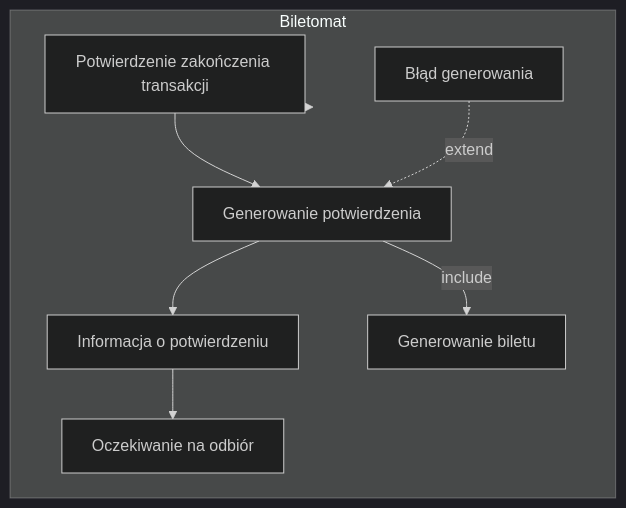
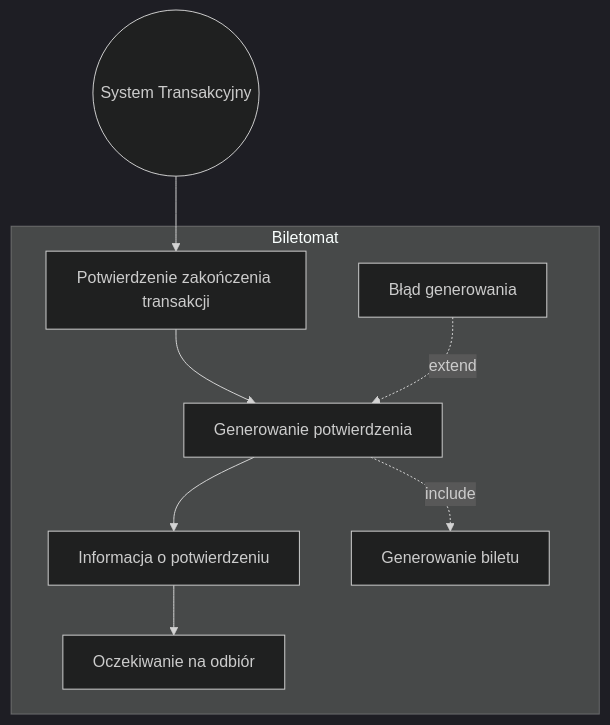
One commit to ArtemOmelchenk0/MWO changed the first of 7 diagrams in Historie dla biletomatu.md. Above: the diagram before and after it, drawn with Mermaid (dark theme). The commit also changed other lines of this file, not shown here.

````diff
--- a/Historie dla biletomatu.md
+++ b/Historie dla biletomatu.md
@@ -11,30 +11,30 @@
 ```mermaid
 graph TD
-    Biletomat(("System Transakcyjny"))
+    ST(("System Transakcyjny"))
     UseCase1["Potwierdzenie zakończenia transakcji"]
     UseCase2["Generowanie potwierdzenia"]
     UseCase3["Informacja o potwierdzeniu"]
     UseCase4["Oczekiwanie na odbiór"]
     UseCase5["Generowanie biletu"]
     UseCase6["Błąd generowania"]
 
-    Biletomat --> UseCase1
+    ST --> UseCase1
     UseCase1 --> UseCase2
     UseCase2 --> UseCase3
     UseCase3 --> UseCase4
 
     %% Include relationship
-    UseCase2 --include--> UseCase5
+    UseCase2 -.include.-> UseCase5
 
     %% Extend relationship
     UseCase6 -.extend.-> UseCase2
 
     subgraph Biletomat
         UseCase1
         UseCase2
         UseCase3
         UseCase4
         UseCase5
         UseCase6
     end
 ```
````
